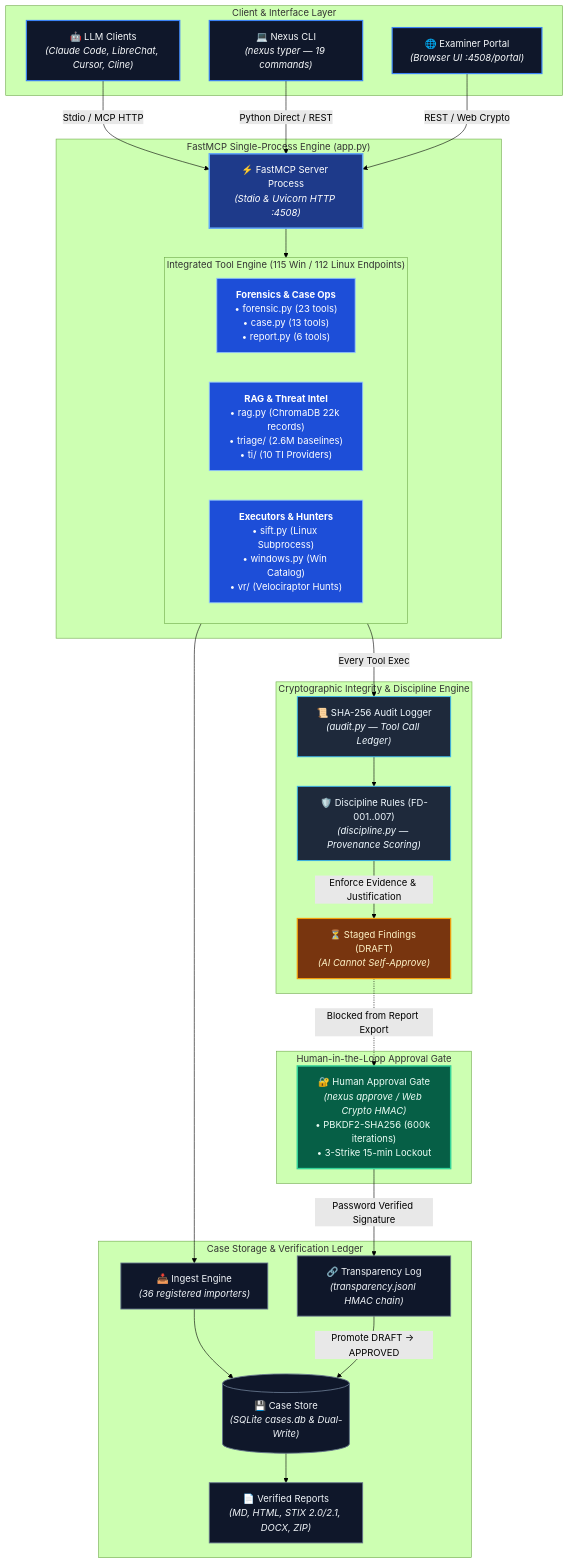
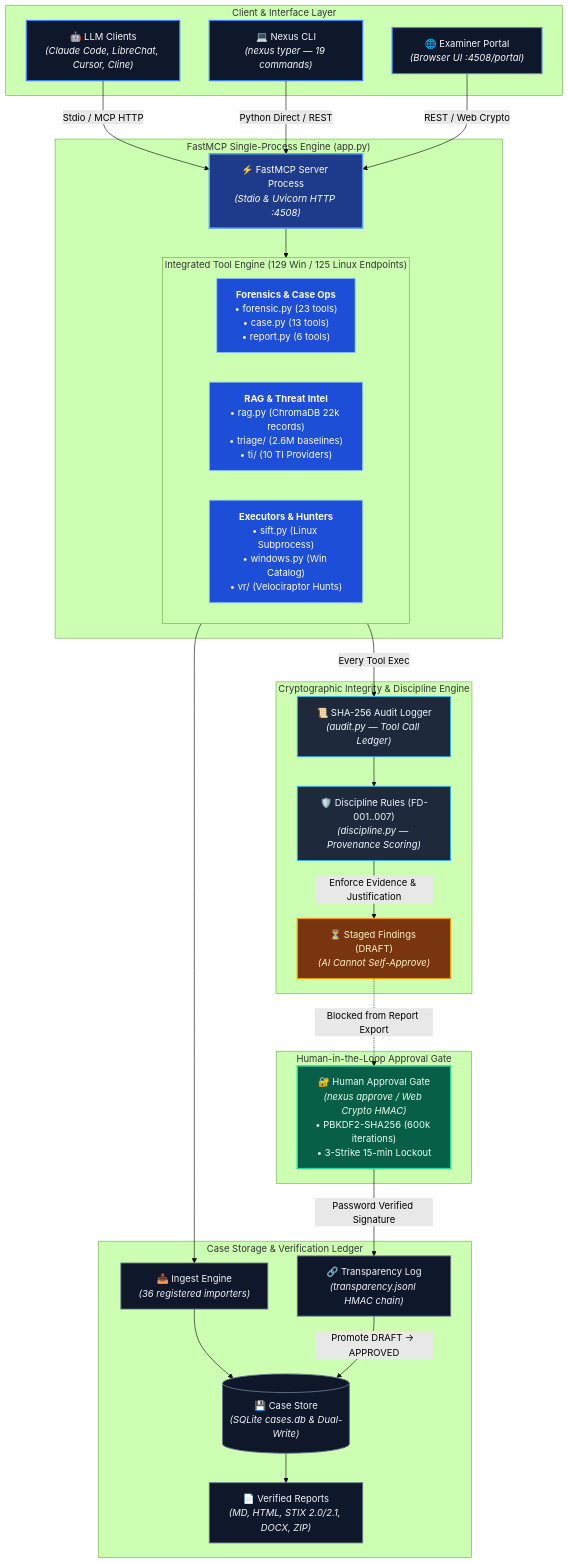
Before and after one commit to Ganron007/DFIR-Nexus: the second of 2 diagrams in Docs/ARCHITECTURE.md, drawn with Mermaid (forest theme). The commit also changed 6 other files, not shown here.

````diff
--- a/Docs/ARCHITECTURE.md
+++ b/Docs/ARCHITECTURE.md
@@ -90,72 +90,72 @@
 ```mermaid
 flowchart TD
     %% DFIR-Nexus Architecture Diagram - Logo Matched (#1e3a8a, #2563eb, #60a5fa, #0f172a)
     classDef clientStyle fill:#0f172a,stroke:#3b82f6,stroke-width:2px,color:#f8fafc;
     classDef serverStyle fill:#1e3a8a,stroke:#60a5fa,stroke-width:2.5px,color:#ffffff;
     classDef toolStyle fill:#1d4ed8,stroke:#93c5fd,stroke-width:1.5px,color:#ffffff;
     classDef disciplineStyle fill:#1e293b,stroke:#38bdf8,stroke-width:1.5px,color:#f0f9ff;
     classDef draftStyle fill:#78350f,stroke:#f59e0b,stroke-width:2px,color:#fef3c7;
     classDef gateStyle fill:#065f46,stroke:#34d399,stroke-width:2.5px,color:#ecfdf5;
     classDef storageStyle fill:#0f172a,stroke:#64748b,stroke-width:1.5px,color:#f1f5f9;
 
     subgraph CLIENTS [" Client & Interface Layer "]
         LLM["🤖 LLM Clients<br/><i>(Claude Code, LibreChat, Cursor, Cline)</i>"]:::clientStyle
         CLI["💻 Nexus CLI<br/><i>(nexus typer — 19 commands)</i>"]:::clientStyle
         WEB["🌐 Examiner Portal<br/><i>(Browser UI :4508/portal)</i>"]:::clientStyle
     end
 
     subgraph CORE [" FastMCP Single-Process Engine (app.py) "]
         MCP["⚡ FastMCP Server Process<br/><i>(Stdio & Uvicorn HTTP :4508)</i>"]:::serverStyle
         
-        subgraph MODULES [" Integrated Tool Engine (115 Win / 112 Linux Endpoints) "]
+        subgraph MODULES [" Integrated Tool Engine (129 Win / 125 Linux Endpoints) "]
             direction LR
             CORE_TOOLS["<b>Forensics & Case Ops</b><br/>• forensic.py (23 tools)<br/>• case.py (13 tools)<br/>• report.py (6 tools)"]:::toolStyle
             INTEL_TOOLS["<b>RAG & Threat Intel</b><br/>• rag.py (ChromaDB 22k records)<br/>• triage/ (2.6M baselines)<br/>• ti/ (10 TI Providers)"]:::toolStyle
             EXEC_TOOLS["<b>Executors & Hunters</b><br/>• sift.py (Linux Subprocess)<br/>• windows.py (Win Catalog)<br/>• vr/ (Velociraptor Hunts)"]:::toolStyle
         end
     end
 
     subgraph DISCIPLINE [" Cryptographic Integrity & Discipline Engine "]
         AUDIT["📜 SHA-256 Audit Logger<br/><i>(audit.py — Tool Call Ledger)</i>"]:::disciplineStyle
         RULES["🛡️ Discipline Rules (FD-001..007)<br/><i>(discipline.py — Provenance Scoring)</i>"]:::disciplineStyle
         DRAFT["⏳ Staged Findings (DRAFT)<br/><i>(AI Cannot Self-Approve)</i>"]:::draftStyle
     end
 
     subgraph HITL [" Human-in-the-Loop Approval Gate "]
         GATE["🔐 Human Approval Gate<br/><i>(nexus approve / Web Crypto HMAC)</i><br/>• PBKDF2-SHA256 (600k iterations)<br/>• 3-Strike 15-min Lockout"]:::gateStyle
     end
 
     subgraph LEDGER [" Case Storage & Verification Ledger "]
         INGEST["📥 Ingest Engine<br/><i>(36 registered importers)</i>"]:::storageStyle
         DB[("💾 Case Store<br/><i>(SQLite cases.db & Dual-Write)</i>")]:::storageStyle
         TRANSPARENCY["🔗 Transparency Log<br/><i>(transparency.jsonl HMAC chain)</i>"]:::storageStyle
         REPORTS["📄 Verified Reports<br/><i>(MD, HTML, STIX 2.0/2.1, DOCX, ZIP)</i>"]:::storageStyle
     end
 
     %% Flow Connections
     LLM -->|Stdio / MCP HTTP| MCP
     CLI -->|Python Direct / REST| MCP
     WEB -->|REST / Web Crypto| MCP
 
     MCP --> MODULES
     MODULES --> INGEST
     INGEST --> DB
 
     MODULES -->|Every Tool Exec| AUDIT
     AUDIT --> RULES
     RULES -->|Enforce Evidence & Justification| DRAFT
 
     DRAFT -.->|Blocked from Report Export| GATE
     GATE -->|Password Verified Signature| TRANSPARENCY
     TRANSPARENCY -->|Promote DRAFT → APPROVED| DB
     DB --> REPORTS
 
     %% Apply Styles
     class LLM,CLI,WEB clientStyle;
     class MCP serverStyle;
     class CORE_TOOLS,INTEL_TOOLS,EXEC_TOOLS toolStyle;
     class AUDIT,RULES disciplineStyle;
     class DRAFT draftStyle;
     class GATE gateStyle;
     class INGEST,DB,TRANSPARENCY,REPORTS storageStyle;
 ```
````
